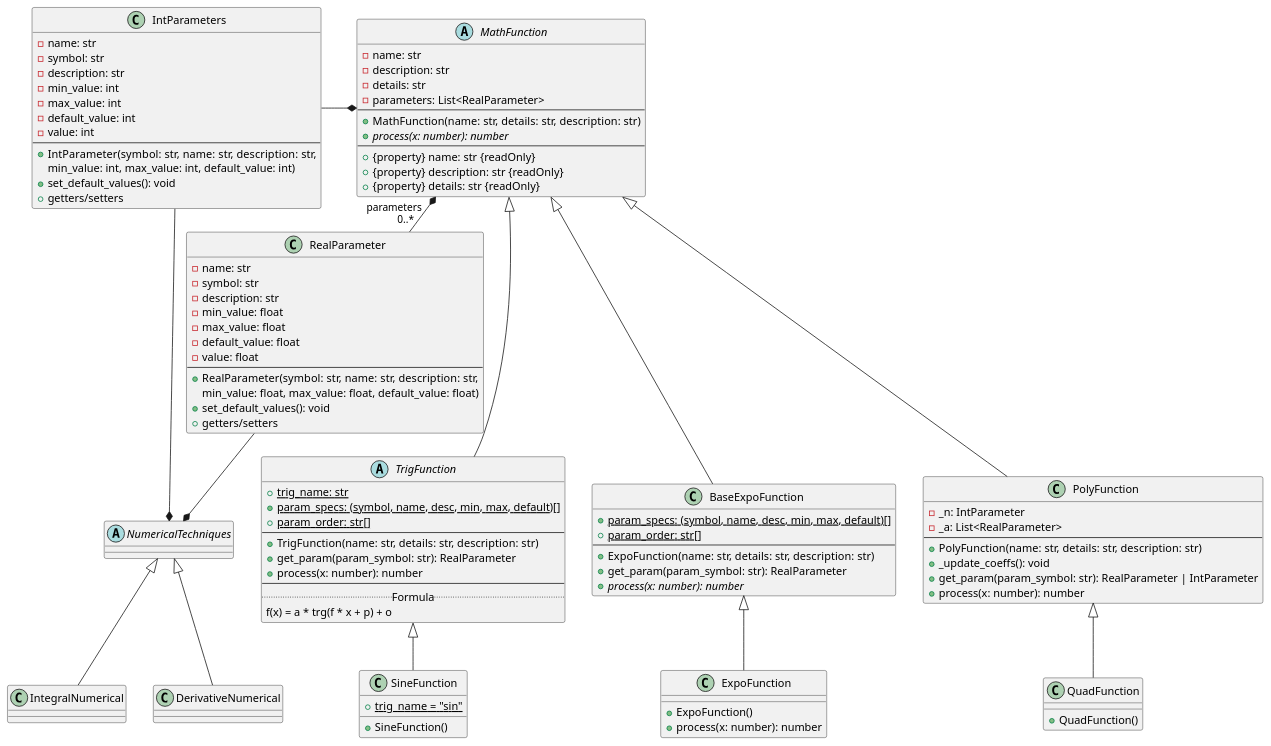
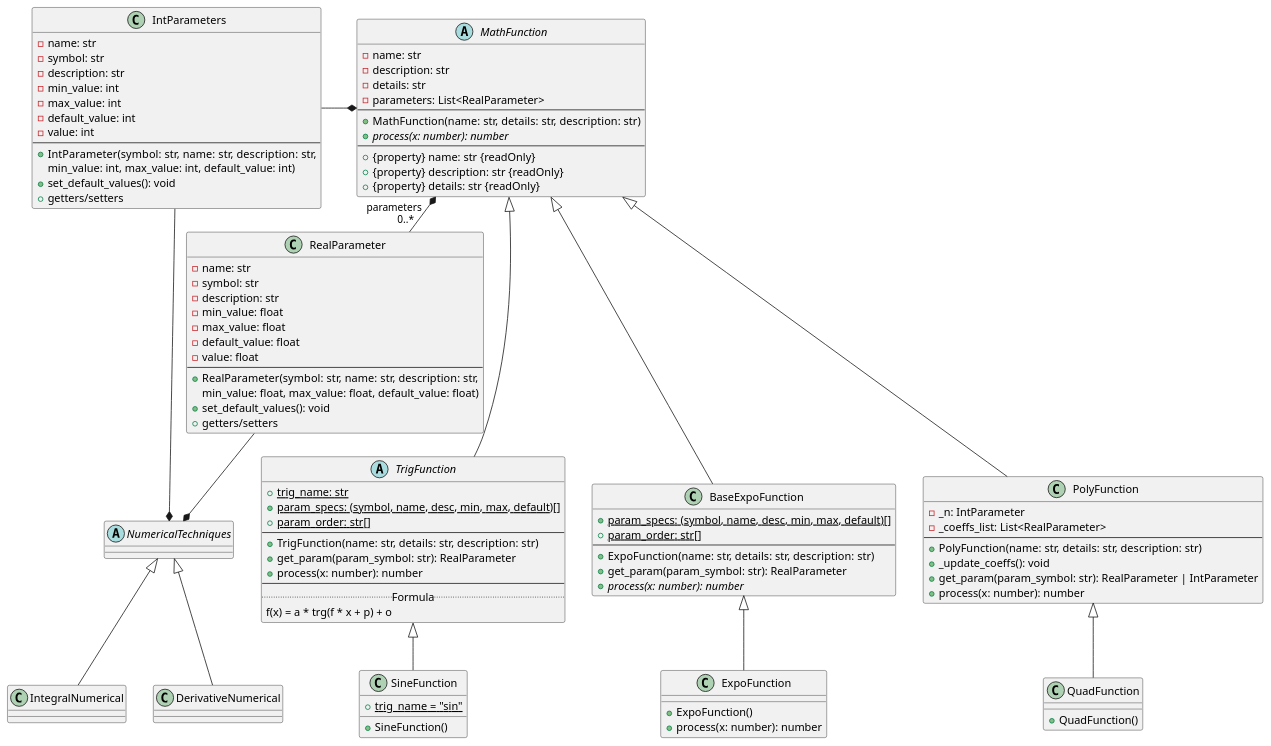
The diagram in des/work/UML.puml (WassFlm/projet_kehlouch), drawn with PlantUML before and after one commit. The commit also changed 1 other file, not shown here.

Commit message:
changé _a à _coeffs_list dans classe et uml

```diff
--- a/des/work/UML.puml
+++ b/des/work/UML.puml
@@ -1,152 +1,152 @@
 @startuml Projet 1 - UML (Updated)
 
 skinparam class AttributeIconSize 0
 
 abstract class MathFunction {
   - name: str
   - description: str
   - details: str
   - parameters: List<RealParameter>
   --
   + MathFunction(name: str, details: str, description: str)
   {abstract} + process(x: number): number
   --
   + {property} name: str {readOnly}
   + {property} description: str {readOnly}
   + {property} details: str {readOnly}
 }
 
 
 
 abstract class TrigFunction {
   {static} + trig_name: str
   {static} + param_specs: (symbol, name, desc, min, max, default)[]
   {static} + param_order: str[]
   --
   + TrigFunction(name: str, details: str, description: str)
   + get_param(param_symbol: str): RealParameter
   + process(x: number): number
   --
   .. Formula ..
   f(x) = a * trg(f * x + p) + o
 }
 
 MathFunction <|-- TrigFunction
 
 
 
 class SineFunction {
   {static} + trig_name = "sin"
   + SineFunction()
 }
 TrigFunction <|-- SineFunction
 
 
 
 class BaseExpoFunction {
   {static} + param_specs: (symbol, name, desc, min, max, default)[]
   {static} + param_order: str[]
   --
   + ExpoFunction(name: str, details: str, description: str)
   + get_param(param_symbol: str): RealParameter
   {abstract} + process(x: number): number
 }
 MathFunction <|-- BaseExpoFunction
 
 
 
 class ExpoFunction {
   + ExpoFunction()
   + process(x: number): number
 }
 BaseExpoFunction <|-- ExpoFunction
 
 
 
 class PolyFunction {
   - _n: IntParameter
-  - _a: List<RealParameter>
+  - _coeffs_list: List<RealParameter>
   --
   + PolyFunction(name: str, details: str, description: str)
   + _update_coeffs(): void
   + get_param(param_symbol: str): RealParameter | IntParameter
   + process(x: number): number
 }
 MathFunction <|-- PolyFunction
 
 
 
 class QuadFunction {
   + QuadFunction()
 }
 PolyFunction <|-- QuadFunction
 
 
 
 class RealParameter {
   - name: str
   - symbol: str
   - description: str
   - min_value: float
   - max_value: float
   - default_value: float
   - value: float
   --
   + RealParameter(symbol: str, name: str, description: str,
                   min_value: float, max_value: float, default_value: float)
   + set_default_values(): void
   + getters/setters
 }
 MathFunction *-right- "0..*" RealParameter : parameters
 
 
 
 class IntParameters {
   - name: str
   - symbol: str
   - description: str
   - min_value: int
   - max_value: int
   - default_value: int
   - value: int
   --
   + IntParameter(symbol: str, name: str, description: str,
                  min_value: int, max_value: int, default_value: int)
   + set_default_values(): void
   + getters/setters
 }
 
 
 
 abstract class NumericalTechniques {
 }
 
 
 
 class IntegralNumerical {
 }
 NumericalTechniques <|-- IntegralNumerical
 
 
 
 class DerivativeNumerical {
 }
 NumericalTechniques <|-- DerivativeNumerical
 NumericalTechniques *-left- RealParameter
 MathFunction *-left- IntParameters
 NumericalTechniques *-- IntParameters
 
 
 
 
 
 
 
 
 
 
 
 
 
 
 @enduml
```
